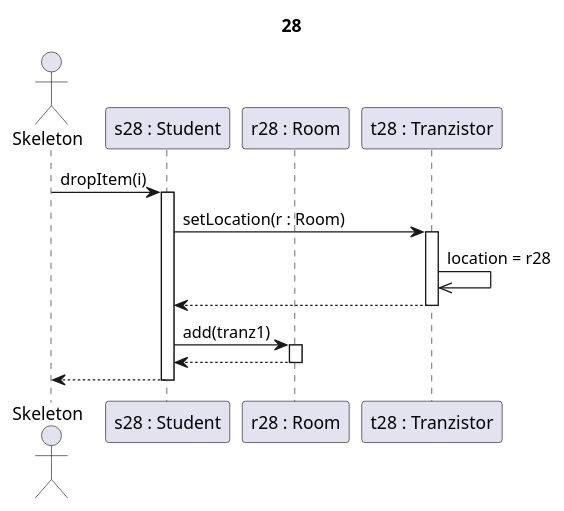
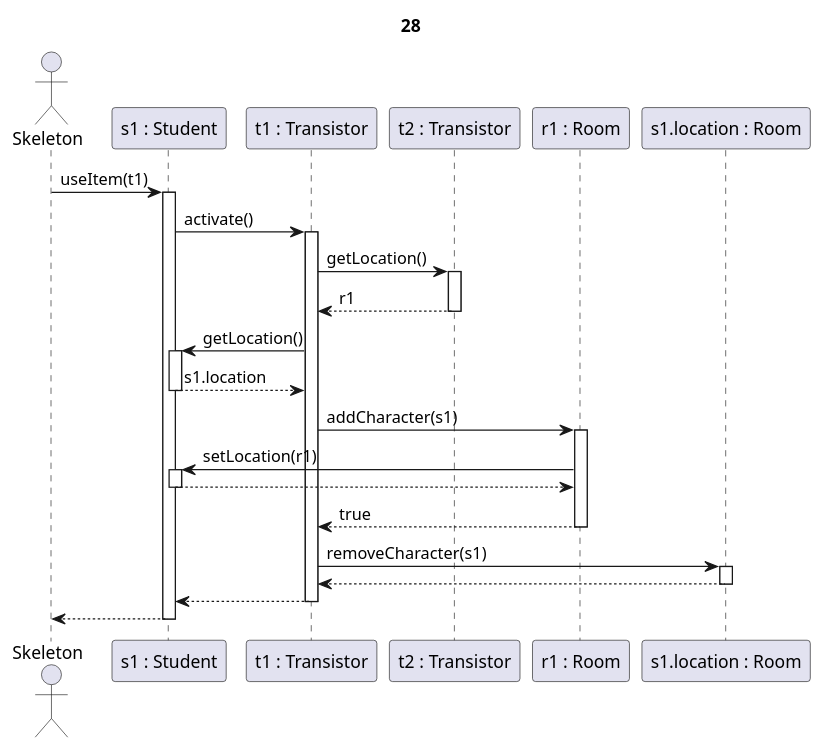
The diagram in partII_sequence diagrams/28.puml (kipolaris/skyrimscriptsuttogok), drawn with PlantUML before and after one commit. The commit also changed 113 other files, not shown here.

Commit message:
generated all 46 sequence diagrams and the use-case diagram

```diff
--- a/partII_sequence diagrams/28.puml
+++ b/partII_sequence diagrams/28.puml
@@ -1,23 +1,40 @@
-@startuml transistor place
+@startuml transistor use
 
 title 28
 
 actor Skeleton as sk
-participant "s28 : Student" as s
-participant "r28 : Room" as r
-Participant "t28 : Tranzistor" as tranz1
+participant "s1 : Student" as s
+participant "t1 : Transistor" as t1
+participant "t2 : Transistor" as t2
+participant "r1 : Room" as r
+participant "s1.location : Room" as r2
 
-sk->s ++: dropItem(i)
+sk -> s ++: useItem(t1)
 
-s-> tranz1 ++: setLocation(r : Room)
+s->t1 ++: activate()
 
-tranz1 ->> tranz1 : location = r28
+t1 -> t2 ++: getLocation()
+t2 --> t1 --: r1
 
-s <-- tranz1 --:
+t1 -> s ++: getLocation()
+s --> t1 --: s1.location
 
-s -> r ++: add(tranz1)
-r-->s --:
+t1 -> r ++: addCharacter(s1)
+
+r->s ++: setLocation(r1)
+s-->r --:
+
+r-->t1 --: true
+
+t1 -> r2 ++: removeCharacter(s1)
+r2 --> t1 --:
+
+'és akkor ide kéne még a gázos szoba lefutás, vagy kérdésként, vagy külön use-case-ben...'
+
+
+
+t1 --> s --: 
 
 s-->sk --:
 
 @enduml
```
